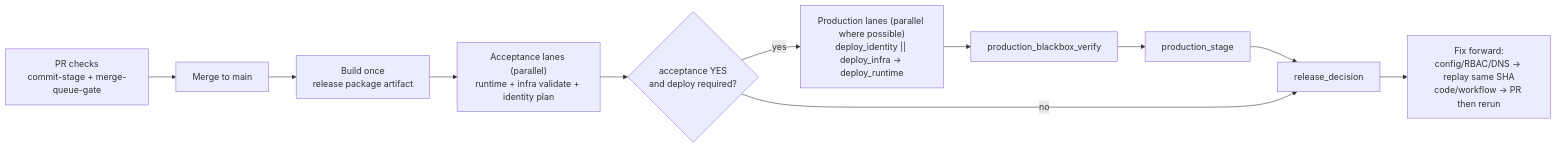
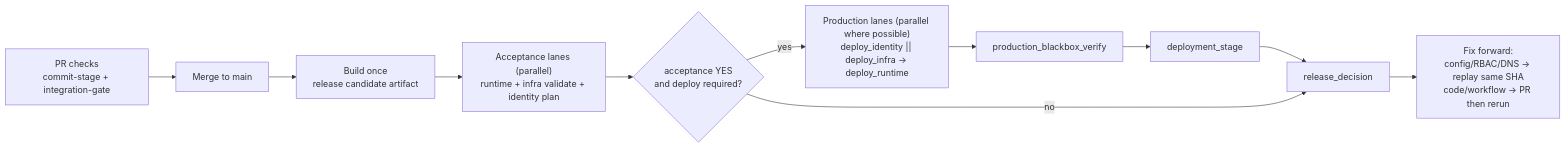
Before and after one commit to glcsolutions-ca/compass: the diagram in docs/runbooks/cloud-deployment-pipeline-setup.md, drawn with Mermaid. The commit also changed other lines of this file and 90 other files, not shown here.

````diff
--- a/docs/runbooks/cloud-deployment-pipeline-setup.md
+++ b/docs/runbooks/cloud-deployment-pipeline-setup.md
@@ -7,13 +7,13 @@
 ```mermaid
 flowchart LR
-  A["PR checks\ncommit-stage + merge-queue-gate"] --> B["Merge to main"]
-  B --> C["Build once\nrelease package artifact"]
+  A["PR checks\ncommit-stage + integration-gate"] --> B["Merge to main"]
+  B --> C["Build once\nrelease candidate artifact"]
   C --> D["Acceptance lanes (parallel)\nruntime + infra validate + identity plan"]
   D --> E{"acceptance YES\nand deploy required?"}
   E -- yes --> F["Production lanes (parallel where possible)\ndeploy_identity || deploy_infra -> deploy_runtime"]
   F --> G["production_blackbox_verify"]
-  G --> H["production_stage"]
+  G --> H["deployment_stage"]
   H --> I["release_decision"]
   E -- no --> I
   I --> J["Fix forward:\nconfig/RBAC/DNS -> replay same SHA\ncode/workflow -> PR then rerun"]
 ```
````
